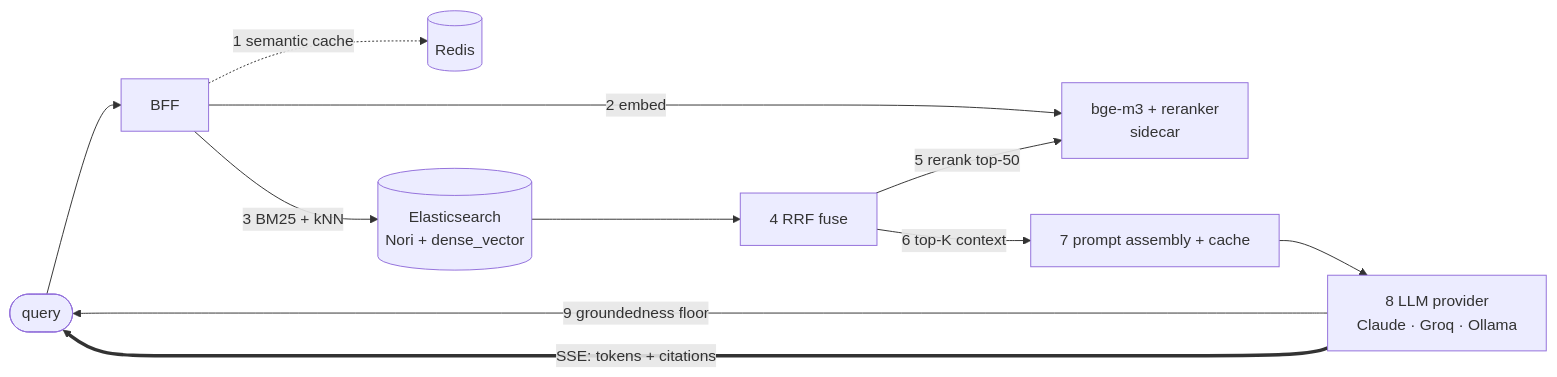
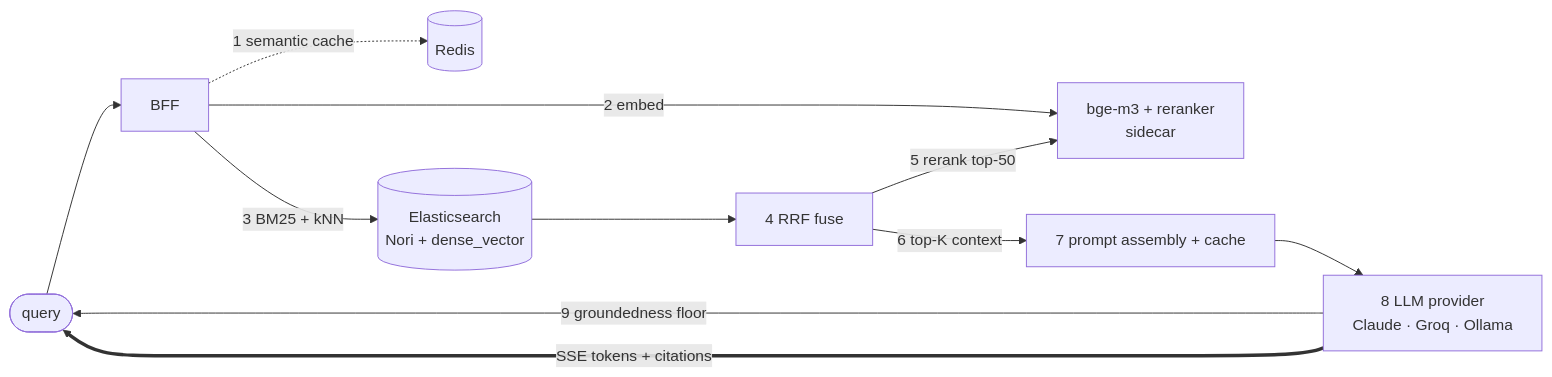
The first of 2 diagrams in docs/ARCHITECTURE.md (jinwovo/recall), drawn with Mermaid before and after one commit. The commit also changed 2 other files, not shown here.

Commit message:
docs: validate mermaid diagrams; simplify labels for safe rendering

````diff
--- a/docs/ARCHITECTURE.md
+++ b/docs/ARCHITECTURE.md
@@ -20,13 +20,13 @@
 ```mermaid
 flowchart LR
     Q([query]) --> BFF[BFF]
     BFF -.1 semantic cache.-> R[(Redis)]
     BFF -->|2 embed| S[bge-m3 + reranker<br/>sidecar]
     BFF -->|3 BM25 + kNN| ES[(Elasticsearch<br/>Nori + dense_vector)]
     ES --> F[4 RRF fuse]
     F -->|5 rerank top-50| S
     F -->|6 top-K context| P[7 prompt assembly + cache]
     P --> L[8 LLM provider<br/>Claude · Groq · Ollama]
     L -->|9 groundedness floor| Q
-    L ==>|SSE: tokens + citations| Q
+    L ==>|SSE tokens + citations| Q
 ```
````
